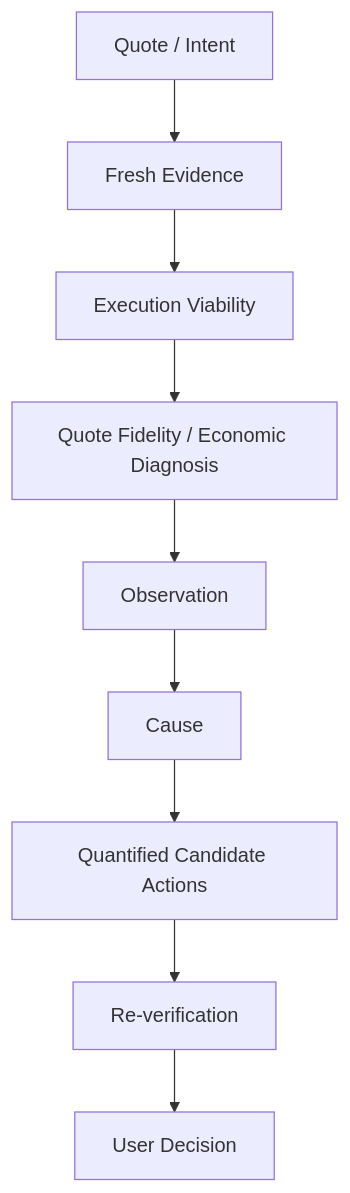
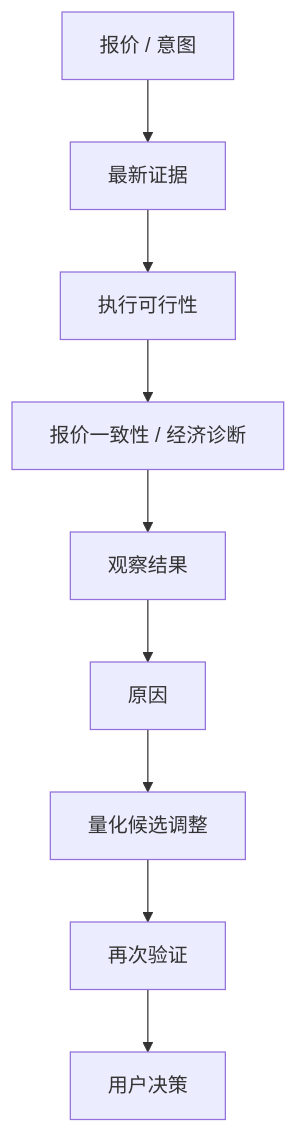
The first of 2 diagrams in README.zh-CN.md (parallax-monad/parallax), drawn with Mermaid before and after one commit. The commit also changed other lines of this file and 1 other file, not shown here.

````diff
--- a/README.zh-CN.md
+++ b/README.zh-CN.md
@@ -33,11 +28,11 @@
 ```mermaid
 flowchart TD
-  A[Quote / Intent] --> B[Fresh Evidence]
-  B --> C[Execution Viability]
-  C --> D[Quote Fidelity / Economic Diagnosis]
-  D --> E[Observation]
-  E --> F[Cause]
-  F --> G[Quantified Candidate Actions]
-  G --> H[Re-verification]
-  H --> I[User Decision]
+  A[报价 / 意图] --> B[最新证据]
+  B --> C[执行可行性]
+  C --> D[报价一致性 / 经济诊断]
+  D --> E[观察结果]
+  E --> F[原因]
+  F --> G[量化候选调整]
+  G --> H[再次验证]
+  H --> I[用户决策]
 ```
````
